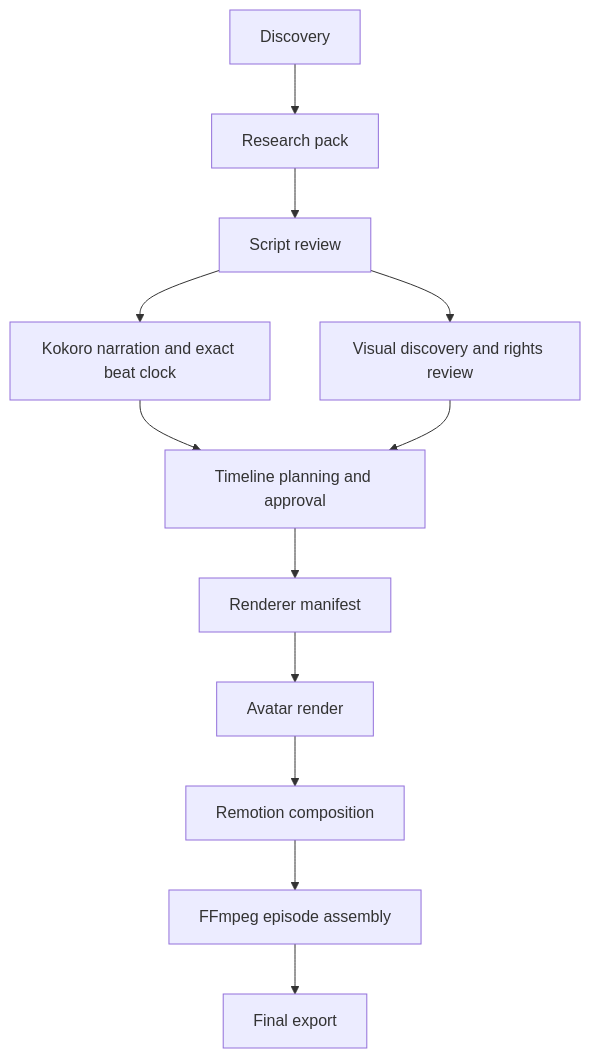
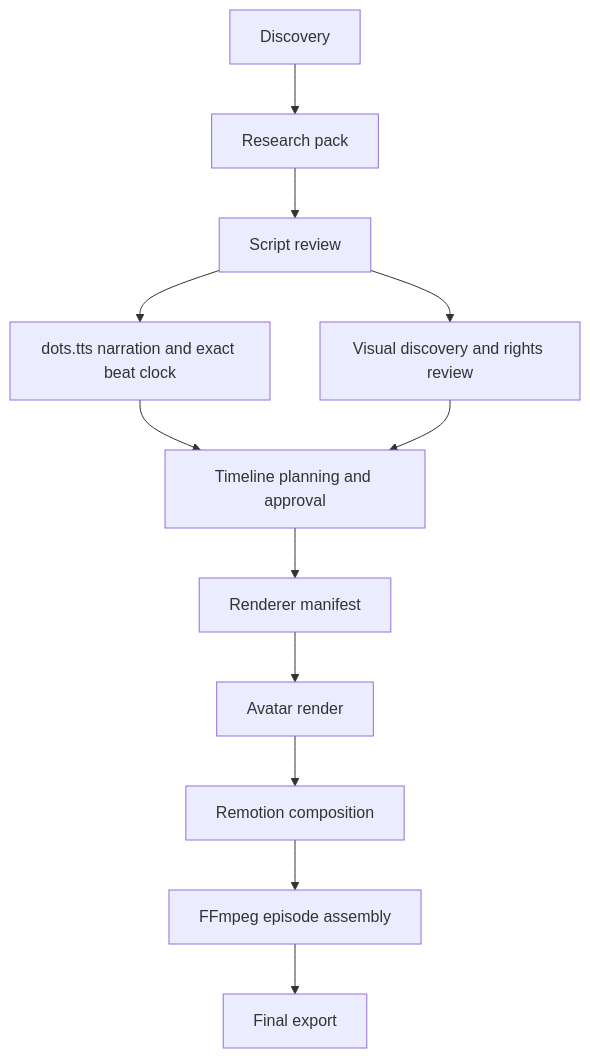
The second of 2 diagrams in docs/ARCHITECTURE.md (Arkane-o7/SynthPost), drawn with Mermaid before and after one commit. The commit also changed other lines of this file and 49 other files, not shown here.

````diff
--- a/docs/ARCHITECTURE.md
+++ b/docs/ARCHITECTURE.md
@@ -54,14 +54,14 @@
 ```mermaid
 flowchart TD
   D[Discovery] --> R[Research pack]
   R --> S[Script review]
-  S --> N[Kokoro narration and exact beat clock]
+  S --> N[dots.tts narration and exact beat clock]
   S --> V[Visual discovery and rights review]
   N --> T[Timeline planning and approval]
   V --> T
   T --> M[Renderer manifest]
   M --> A[Avatar render]
   A --> C[Remotion composition]
   C --> F[FFmpeg episode assembly]
   F --> O[Final export]
 ```
````
